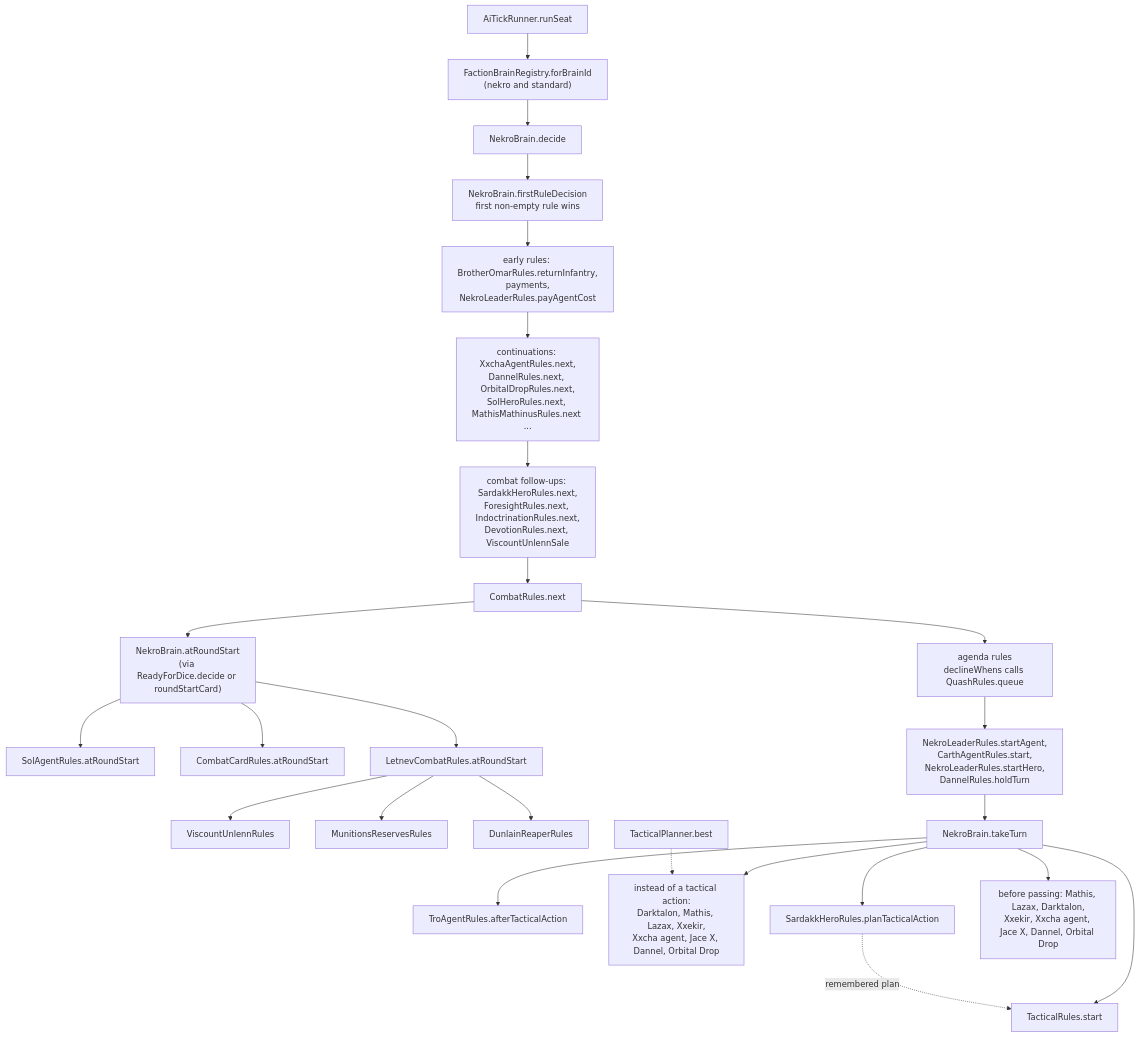
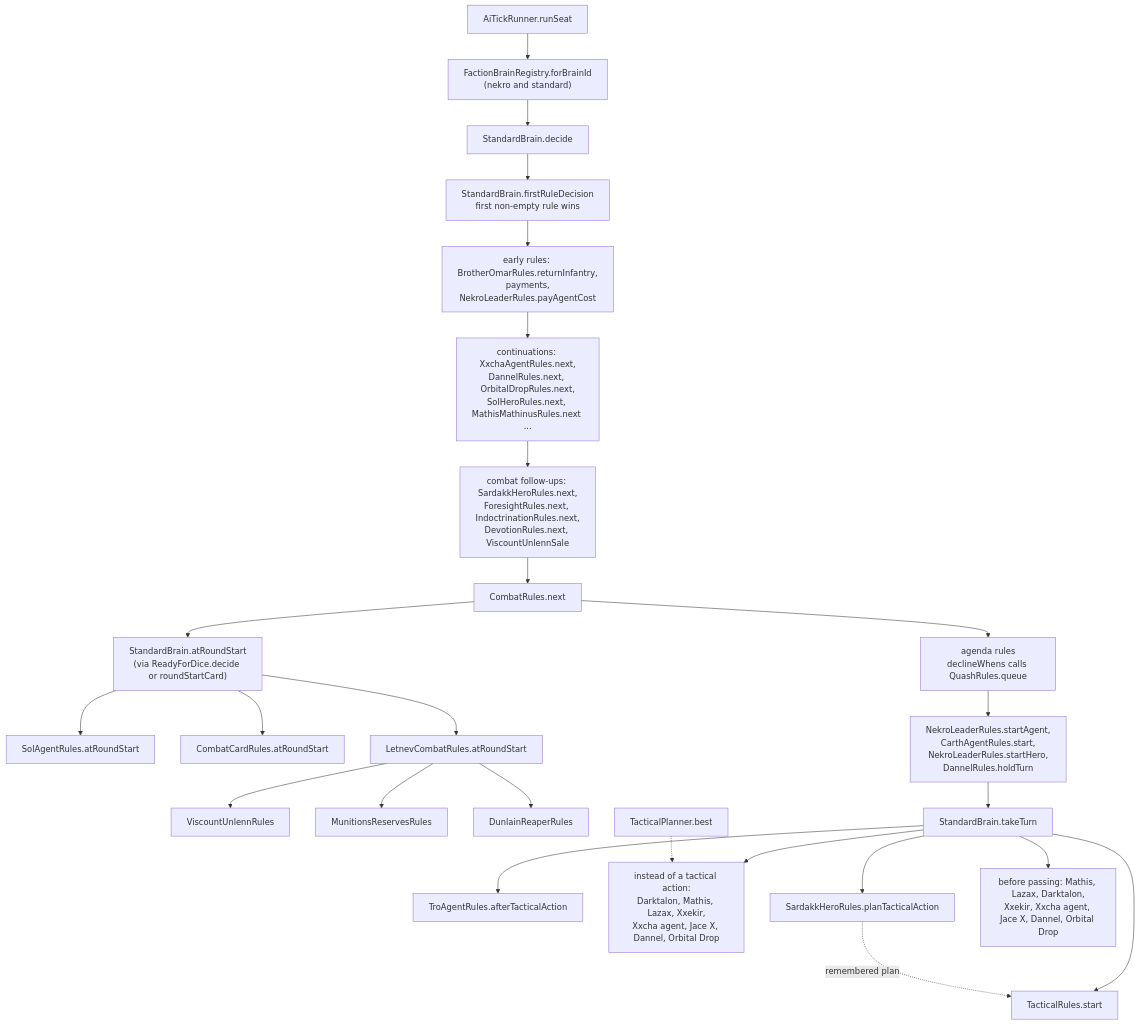
One commit to AsyncTI4/TI4_map_generator_bot changed the first of 2 diagrams in src/main/java/ti4/ai/FACTIONS.md. Above: the diagram before and after it, drawn with Mermaid. The commit also changed other lines of this file and 64 other files, not shown here.

````diff
--- a/src/main/java/ti4/ai/FACTIONS.md
+++ b/src/main/java/ti4/ai/FACTIONS.md
@@ -145,27 +145,27 @@
 ```mermaid
 flowchart TD
     RUN["AiTickRunner.runSeat"] --> REG["FactionBrainRegistry.forBrainId<br/>(nekro and standard)"]
-    REG --> NB["NekroBrain.decide"]
-    NB --> FR["NekroBrain.firstRuleDecision<br/>first non-empty rule wins"]
+    REG --> NB["StandardBrain.decide"]
+    NB --> FR["StandardBrain.firstRuleDecision<br/>first non-empty rule wins"]
     FR --> EARLY["early rules: BrotherOmarRules.returnInfantry,<br/>payments,<br/>NekroLeaderRules.payAgentCost"]
     EARLY --> FLOWS["continuations: XxchaAgentRules.next,<br/>DannelRules.next, OrbitalDropRules.next,<br/>SolHeroRules.next, MathisMathinusRules.next ..."]
     FLOWS --> CBT["combat follow-ups: SardakkHeroRules.next,<br/>ForesightRules.next, IndoctrinationRules.next,<br/>DevotionRules.next, ViscountUnlennSale"]
     CBT --> CR["CombatRules.next"]
-    CR --> HOOK["NekroBrain.atRoundStart<br/>(via ReadyForDice.decide or roundStartCard)"]
+    CR --> HOOK["StandardBrain.atRoundStart<br/>(via ReadyForDice.decide or roundStartCard)"]
     HOOK --> SA["SolAgentRules.atRoundStart"]
     HOOK --> CC["CombatCardRules.atRoundStart"]
     HOOK --> LC["LetnevCombatRules.atRoundStart"]
     LC --> VU["ViscountUnlennRules"]
     LC --> MR["MunitionsReservesRules"]
     LC --> DR["DunlainReaperRules"]
     CR --> AGD["agenda rules<br/>declineWhens calls QuashRules.queue"]
     AGD --> STARTERS["NekroLeaderRules.startAgent,<br/>CarthAgentRules.start,<br/>NekroLeaderRules.startHero,<br/>DannelRules.holdTurn"]
-    STARTERS --> TT["NekroBrain.takeTurn"]
+    STARTERS --> TT["StandardBrain.takeTurn"]
     TT --> TRO["TroAgentRules.afterTacticalAction"]
     TT --> INSTEAD["instead of a tactical action:<br/>Darktalon, Mathis, Lazax, Xxekir,<br/>Xxcha agent, Jace X, Dannel, Orbital Drop"]
     TT --> SHV["SardakkHeroRules.planTacticalAction"]
     TT --> TS["TacticalRules.start"]
     TT --> BP["before passing: Mathis, Lazax, Darktalon,<br/>Xxekir, Xxcha agent, Jace X, Dannel, Orbital Drop"]
     PLAN["TacticalPlanner.best"] -.-> INSTEAD
     SHV -.->|remembered plan| TS
 ```
````
